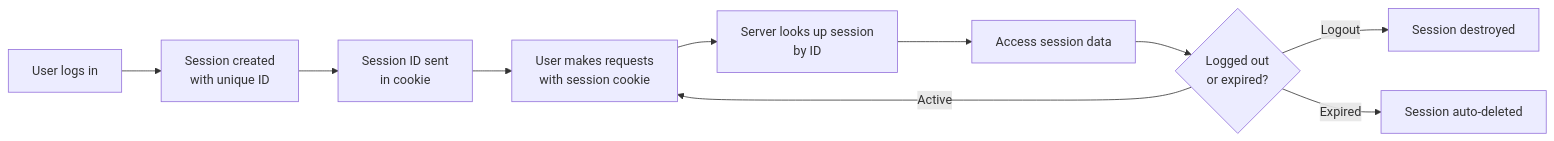
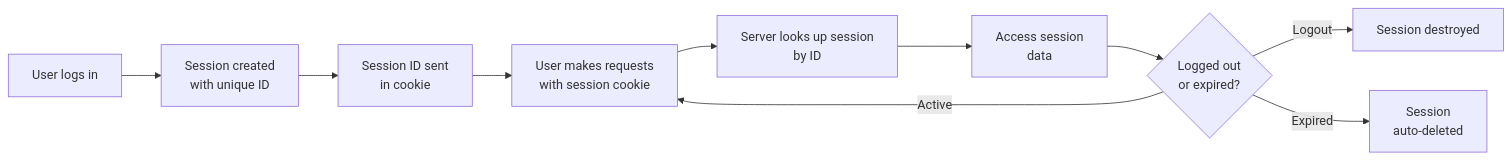
Before and after one commit to amitdevx/TY: the third of 4 diagrams in 02-Semester-VI/CS-353-MJ-T-Web-Technology-II/Unit-4.md, drawn with Mermaid. The commit also changed other lines of this file and 65 other files, not shown here.

Commit message:
fix:graph vertical

````diff
--- a/02-Semester-VI/CS-353-MJ-T-Web-Technology-II/Unit-4.md
+++ b/02-Semester-VI/CS-353-MJ-T-Web-Technology-II/Unit-4.md
@@ -187,12 +187,12 @@
 ```mermaid
 graph LR
     A[User logs in] --> B[Session created<br/>with unique ID]
     B --> C[Session ID sent<br/>in cookie]
     C --> D[User makes requests<br/>with session cookie]
     D --> E[Server looks up session<br/>by ID]
-    E --> F[Access session data]
+    E --> F[Access session<br/>data]
     F --> G{Logged out<br/>or expired?}
     G -->|Logout| H[Session destroyed]
-    G -->|Expired| I[Session auto-deleted]
+    G -->|Expired| I[Session<br/>auto-deleted]
     G -->|Active| D
 ```
````
